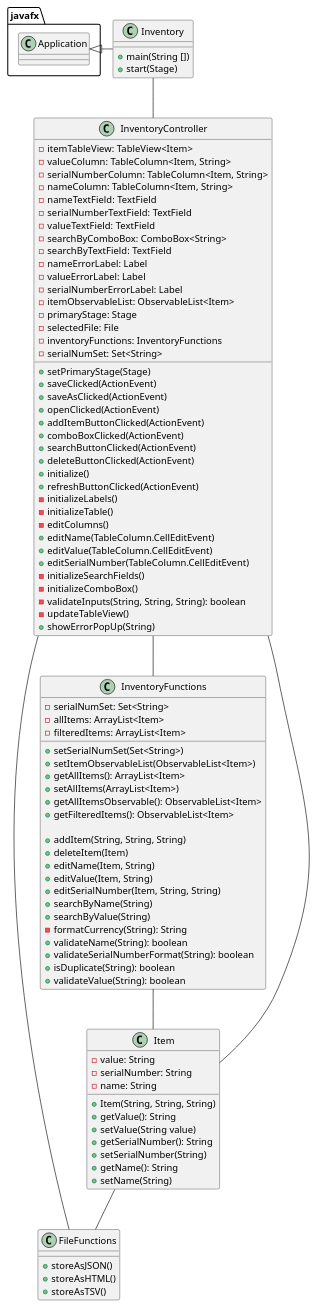
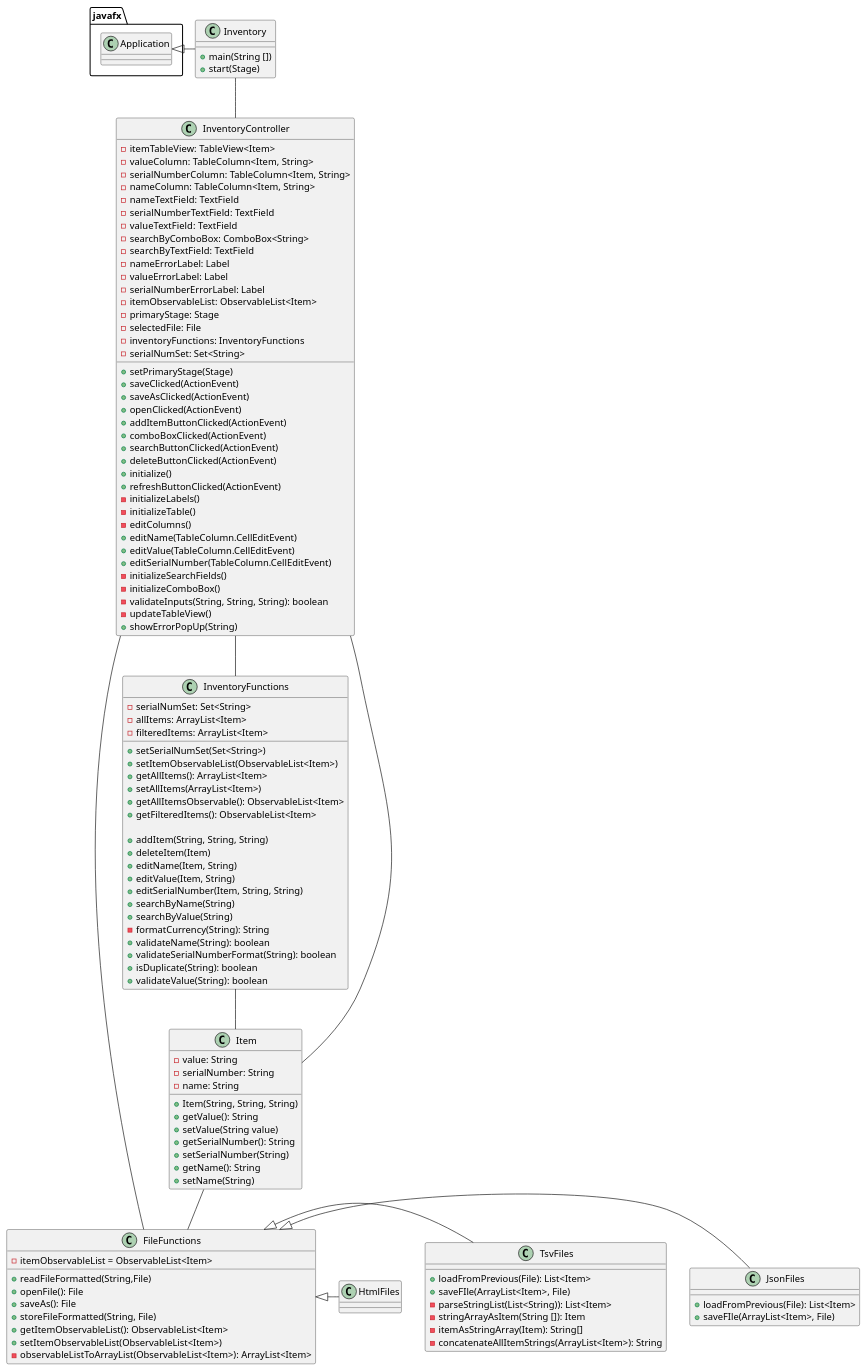
The diagram in uml/InventoryApp.puml (ivy-nguyen18/nguyen-6246-a5), drawn with PlantUML before and after one commit. The commit also changed 5 other files, not shown here.

Commit message:
plant uml updated

```diff
--- a/uml/InventoryApp.puml
+++ b/uml/InventoryApp.puml
@@ -1,108 +1,133 @@
 @startuml
 'https://plantuml.com/class-diagram
 
 class FileFunctions{
-    + storeAsJSON()
-    + storeAsHTML()
-    + storeAsTSV()
+    - itemObservableList = ObservableList<Item>
+    + readFileFormatted(String,File)
+    + openFile(): File
+    + saveAs(): File
+    + storeFileFormatted(String, File)
+    + getItemObservableList(): ObservableList<Item>
+    + setItemObservableList(ObservableList<Item>)
+    - observableListToArrayList(ObservableList<Item>): ArrayList<Item>
+}
+
+class JsonFiles{
+    + loadFromPrevious(File): List<Item>
+    + saveFIle(ArrayList<Item>, File)
+}
+
+class TsvFiles{
+    + loadFromPrevious(File): List<Item>
+    + saveFIle(ArrayList<Item>, File)
+    - parseStringList(List<String)): List<Item>
+    - stringArrayAsItem(String []): Item
+    - itemAsStringArray(Item): String[]
+    - concatenateAllItemStrings(ArrayList<Item>): String
+}
+
+class HtmlFiles{
 }
 
 class Inventory{
     + main(String [])
     + start(Stage)
 }
 
 class InventoryController{
     - itemTableView: TableView<Item>
     - valueColumn: TableColumn<Item, String>
     - serialNumberColumn: TableColumn<Item, String>
     - nameColumn: TableColumn<Item, String>
     - nameTextField: TextField
     - serialNumberTextField: TextField
     - valueTextField: TextField
     - searchByComboBox: ComboBox<String>
     - searchByTextField: TextField
     - nameErrorLabel: Label
     - valueErrorLabel: Label
     - serialNumberErrorLabel: Label
     - itemObservableList: ObservableList<Item>
     - primaryStage: Stage
     - selectedFile: File
     - inventoryFunctions: InventoryFunctions
     - serialNumSet: Set<String>
 
 
     + setPrimaryStage(Stage)
     + saveClicked(ActionEvent)
     + saveAsClicked(ActionEvent)
     + openClicked(ActionEvent)
     + addItemButtonClicked(ActionEvent)
     + comboBoxClicked(ActionEvent)
     + searchButtonClicked(ActionEvent)
     + deleteButtonClicked(ActionEvent)
     + initialize()
     + refreshButtonClicked(ActionEvent)
     - initializeLabels()
     - initializeTable()
     - editColumns()
     + editName(TableColumn.CellEditEvent)
     + editValue(TableColumn.CellEditEvent)
     + editSerialNumber(TableColumn.CellEditEvent)
     - initializeSearchFields()
     - initializeComboBox()
     - validateInputs(String, String, String): boolean
     - updateTableView()
     + showErrorPopUp(String)
 }
 
 class InventoryFunctions{
     - serialNumSet: Set<String>
     - allItems: ArrayList<Item>
     - filteredItems: ArrayList<Item>
 
     + setSerialNumSet(Set<String>)
     + setItemObservableList(ObservableList<Item>)
     + getAllItems(): ArrayList<Item>
     + setAllItems(ArrayList<Item>)
     + getAllItemsObservable(): ObservableList<Item>
     + getFilteredItems(): ObservableList<Item>
 
     + addItem(String, String, String)
     + deleteItem(Item)
     + editName(Item, String)
     + editValue(Item, String)
     + editSerialNumber(Item, String, String)
     + searchByName(String)
     + searchByValue(String)
     - formatCurrency(String): String
     + validateName(String): boolean
     + validateSerialNumberFormat(String): boolean
     + isDuplicate(String): boolean
     + validateValue(String): boolean
 }
 
 class Item{
     - value: String
     - serialNumber: String
     - name: String
 
     + Item(String, String, String)
     + getValue(): String
     + setValue(String value)
     + getSerialNumber(): String
     + setSerialNumber(String)
     + getName(): String
     + setName(String)
 }
 
+
+
 javafx.Application <|- Inventory
 Inventory -- InventoryController
 InventoryController -- InventoryFunctions
 InventoryController -- Item
 InventoryFunctions -- Item
 FileFunctions -- InventoryController
 Item -- FileFunctions
-
-
+FileFunctions <|- JsonFiles
+FileFunctions <|- TsvFiles
+FileFunctions <|- HtmlFiles
 
 @enduml
```
